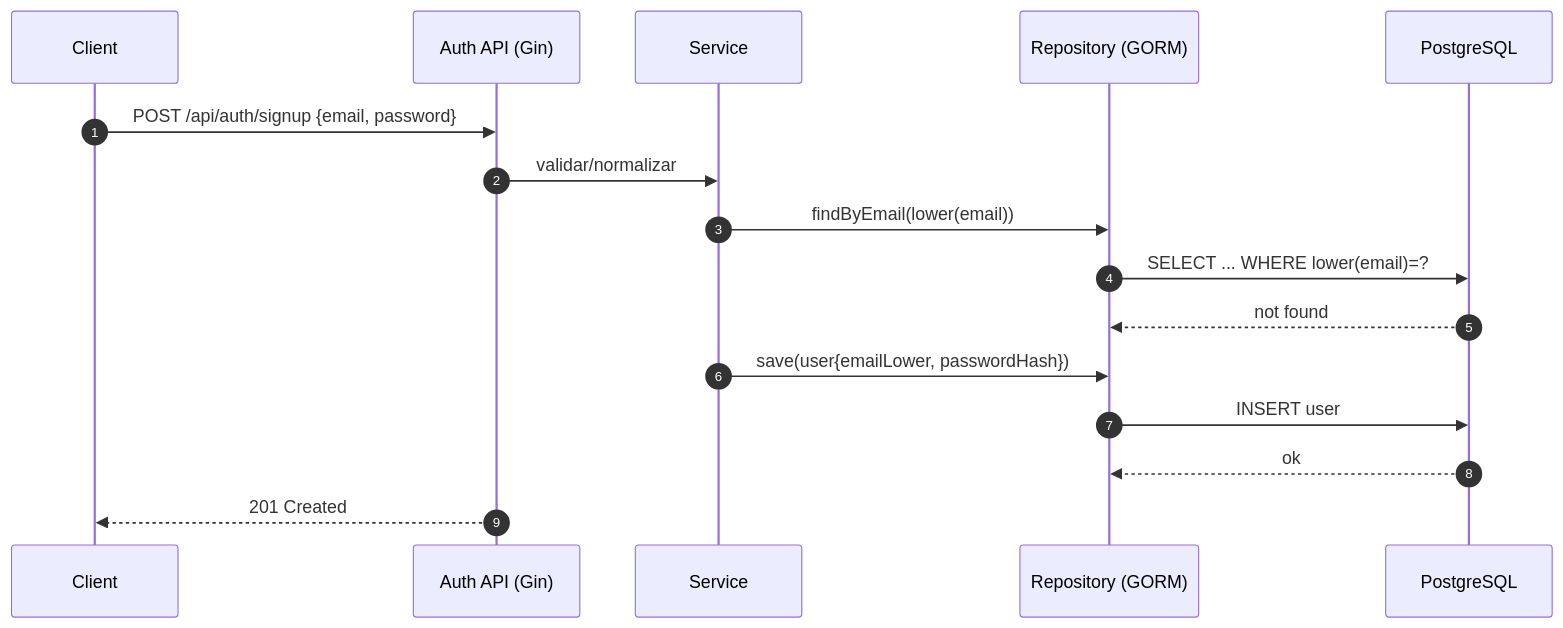
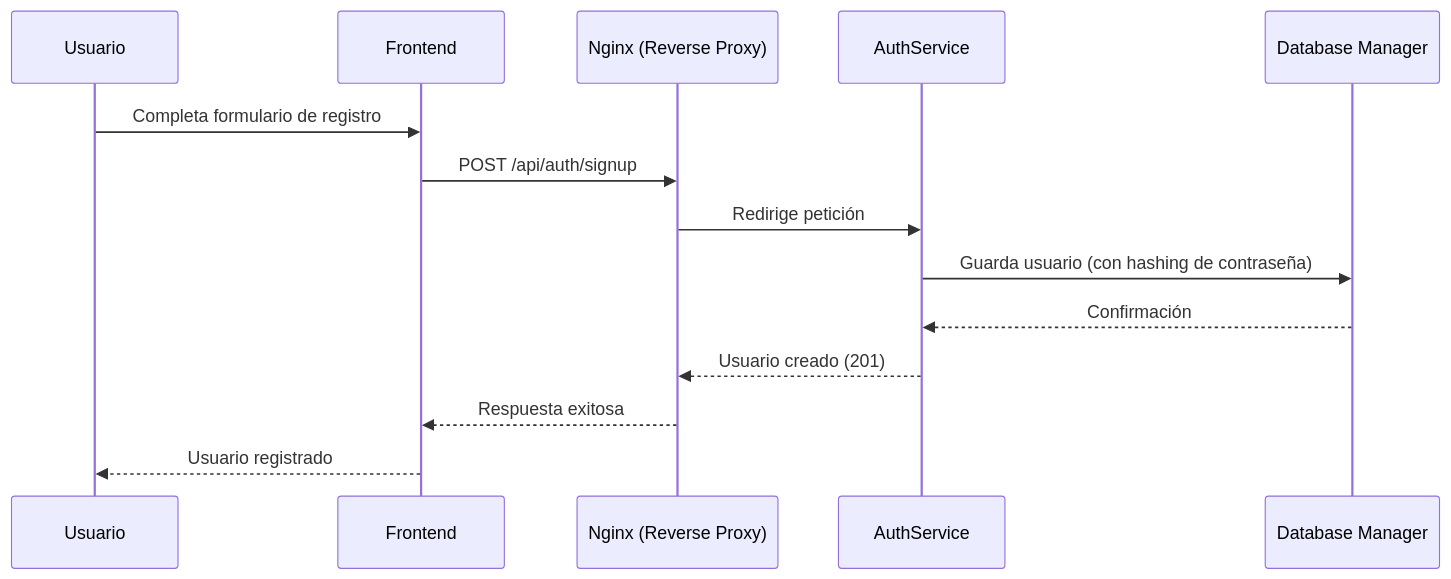
Before and after one commit to Carlos-Rodriguez98/ANB-WebApp: the first of 6 diagrams in docs/Entrega_1/README.md, drawn with Mermaid. The commit also changed other lines of this file, not shown here.

Commit message:
Adición de ERD

````diff
--- a/docs/Entrega_1/README.md
+++ b/docs/Entrega_1/README.md
@@ -115,18 +108,17 @@
 ```mermaid
 sequenceDiagram
-  autonumber
-  participant C as Client
-  participant API as Auth API (Gin)
-  participant S as Service
-  participant R as Repository (GORM)
-  participant DB as PostgreSQL
-  C->>API: POST /api/auth/signup {email, password}
-  API->>S: validar/normalizar
-  S->>R: findByEmail(lower(email))
-  R->>DB: SELECT ... WHERE lower(email)=?
-  DB-->>R: not found
-  S->>R: save(user{emailLower, passwordHash})
-  R->>DB: INSERT user
-  DB-->>R: ok
-  API-->>C: 201 Created
+    participant U as Usuario
+    participant F as Frontend
+    participant N as Nginx (Reverse Proxy)
+    participant A as AuthService
+    participant DB as Database Manager
+
+    U->>F: Completa formulario de registro
+    F->>N: POST /api/auth/signup
+    N->>A: Redirige petición
+    A->>DB: Guarda usuario (con hashing de contraseña)
+    DB-->>A: Confirmación
+    A-->>N: Usuario creado (201)
+    N-->>F: Respuesta exitosa
+    F-->>U: Usuario registrado
 ```
````
